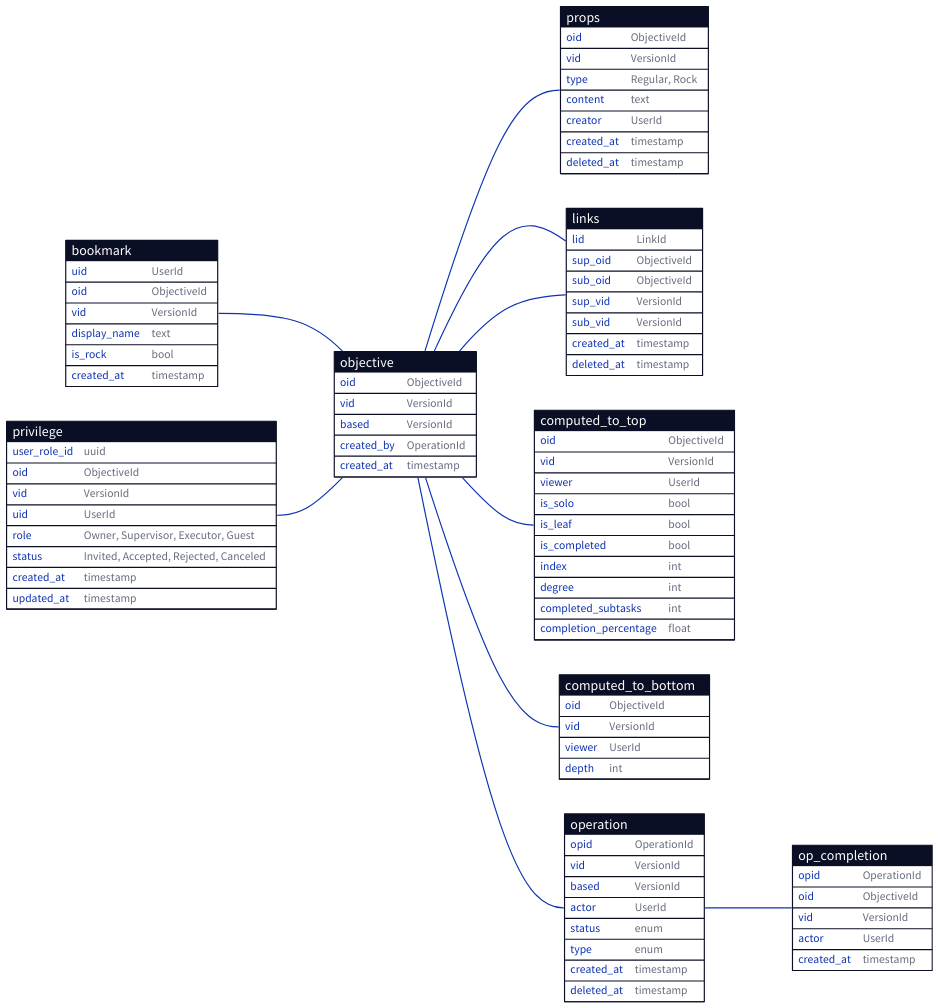
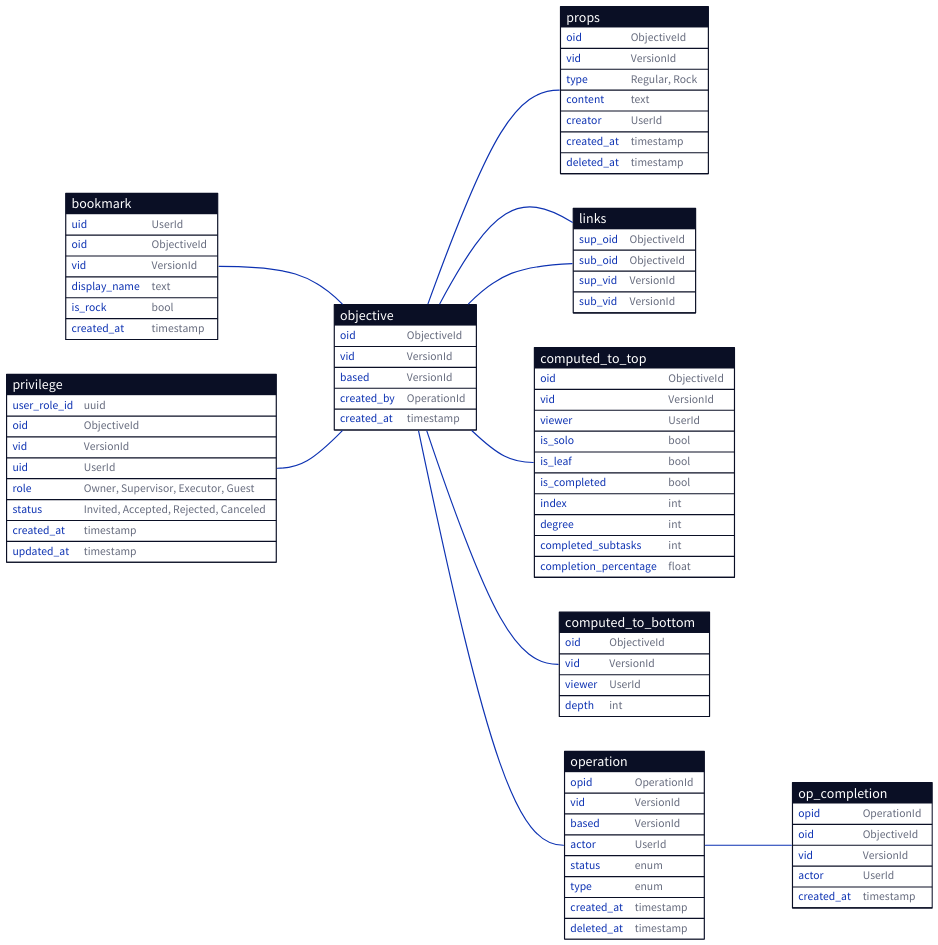
One commit to ufukty/logbook changed the diagram in docs/database/simplified.d2. Above: the diagram before and after it, drawn with D2. The commit also changed 1 other file, not shown here.

Commit message:
docs/database/simplified: removes the `created_at` column from `links` tables because redundant with `objectives` table.  removes `deleted_at` because became needless. removes `linkid` column because it is unused

```diff
--- a/docs/database/simplified.d2
+++ b/docs/database/simplified.d2
@@ -1,141 +1,136 @@
 bookmark: {
   shape: sql_table
 
   uid: UserId
   oid: ObjectiveId
   vid: VersionId
   display_name: text
   is_rock: bool # rocks are hidden in the UI
   created_at: timestamp
 }
 
 privilege: {
   shape: sql_table
 
   user_role_id: uuid
   oid: ObjectiveId
   vid: VersionId
   uid: UserId
   role: "Owner, Supervisor, Executor, Guest"
   status: "Invited, Accepted, Rejected, Canceled"
   created_at: timestamp
   updated_at: timestamp
 }
 
 objective: {
   shape: sql_table
 
   oid: ObjectiveId
   vid: VersionId
   based: VersionId
   created_by: OperationId
 
   created_at: timestamp
 }
 
 props: {
   shape: sql_table
 
   oid: ObjectiveId
   vid: VersionId
   type: "Regular, Rock"
   content: text
   creator: UserId
   created_at: timestamp
   deleted_at: timestamp
 }
 
 links: {
   shape: sql_table
 
-  lid: LinkId
-
   sup_oid: ObjectiveId
   sub_oid: ObjectiveId
   sup_vid: VersionId
   sub_vid: VersionId
-
-  created_at: timestamp
-  deleted_at: timestamp
 }
 
 computed_to_top: {
   shape: sql_table
 
   oid: ObjectiveId
   vid: VersionId
   viewer: UserId
 
   is_solo: bool
   is_leaf: bool
   is_completed: bool
 
   index: int
   degree: int
   completed_subtasks: int
   completion_percentage: float
 }
 
 computed_to_bottom: {
   shape: sql_table
 
   oid: ObjectiveId
   vid: VersionId
   viewer: UserId
 
   depth: int
 }
 
 operation: {
   shape: sql_table
 
   opid: OperationId
   vid: VersionId
   based: VersionId
 
   actor: UserId
   status: enum
   type: enum # Transitive, Checkout, Completion, Reattach, Reorder, Content
 
   created_at: timestamp
   deleted_at: timestamp
 }
 
 op_completion: {
   shape: sql_table
 
   opid: OperationId
   oid: ObjectiveId
   vid: VersionId
   actor: UserId
   created_at: timestamp
 }
 
 direction: right
 
 # a bookmark points to a root node of a work tree
 bookmark.oid -- objective.oid
 # bookmark.vid -- objective.vid
 
 # Any task with custom privilege hand.can have owner/viewers/executors
 privilege.oid -- objective.oid
 # privilege.vid -- objective.vid
 
 objective.oid -- links.sup_oid
 # objective.vid -- links.sup_vid
 
 objective.oid -- links.sub_oid
 # objective.vid -- links.sub_vid
 
 objective.oid -- computed_to_top.oid
 # objective.vid -- computed_to_top.vid
 
 objective.oid -- computed_to_bottom.oid
 # objective.vid -- computed_to_bottom.vid
 
 operation.opid -- op_completion.opid
 
 objective.created_by -- operation.opid
 
 objective.oid -- props.oid
 # objective.vid -- props.vid
```
